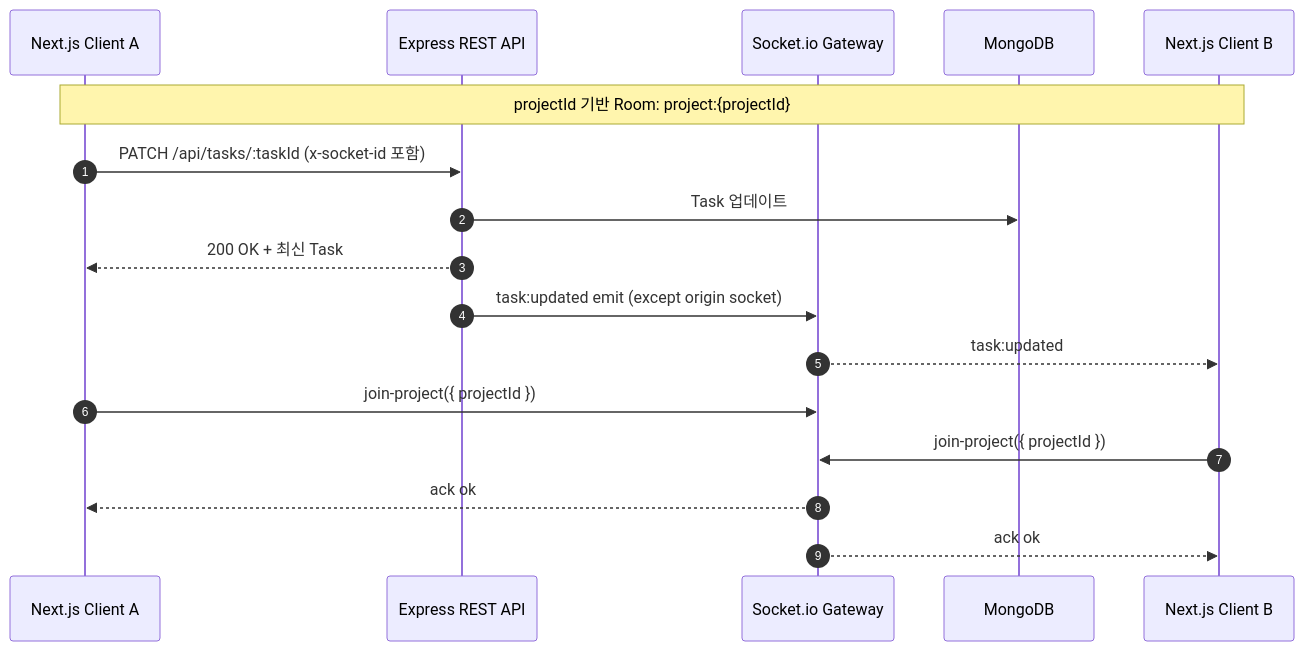
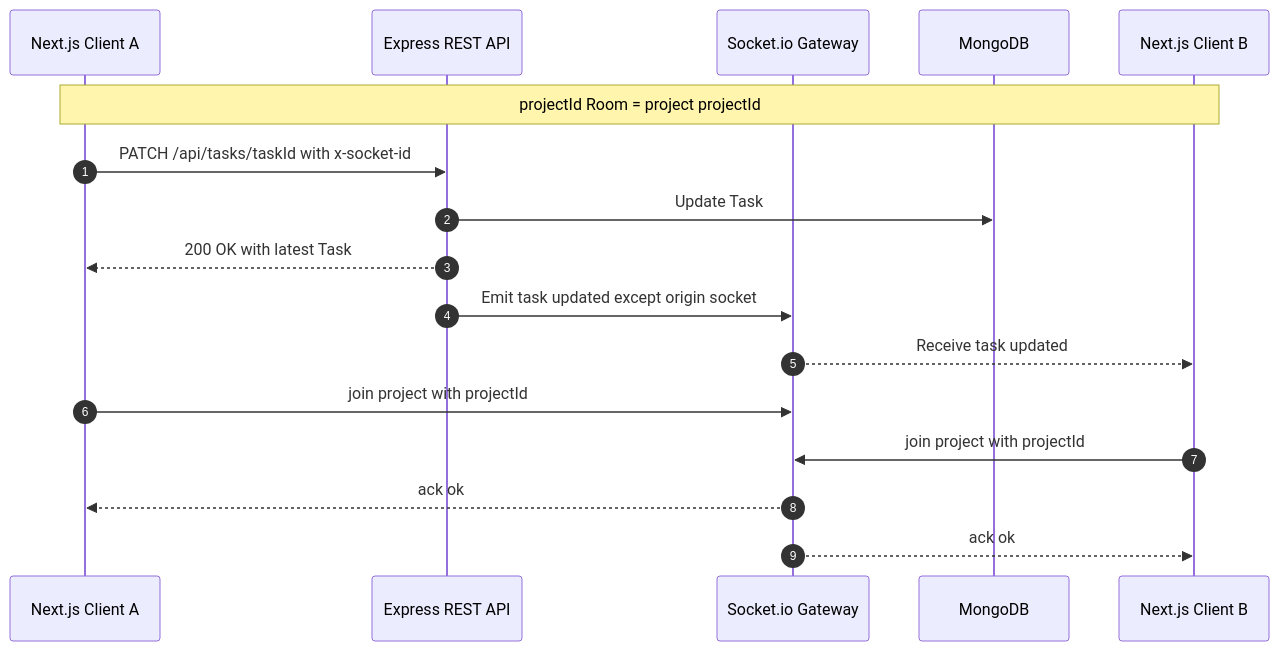
One commit to Gwanhoo/Capstone-Design changed the second of 2 diagrams in README.md. Above: the diagram before and after it, drawn with Mermaid. The commit also changed other lines of this file, not shown here.

````diff
--- a/README.md
+++ b/README.md
@@ -85,22 +85,22 @@
 ```mermaid
 sequenceDiagram
   autonumber
   participant ClientA as Next.js Client A
   participant API as Express REST API
   participant Socket as Socket.io Gateway
   participant DB as MongoDB
   participant ClientB as Next.js Client B
 
-  Note over ClientA,ClientB: projectId 기반 Room: project:{projectId}
+  Note over ClientA,ClientB: projectId Room = project projectId
 
-  ClientA->>API: PATCH /api/tasks/:taskId (x-socket-id 포함)
-  API->>DB: Task 업데이트
-  API-->>ClientA: 200 OK + 최신 Task
-  API->>Socket: task:updated emit (except origin socket)
-  Socket-->>ClientB: task:updated
+  ClientA->>API: PATCH /api/tasks/taskId with x-socket-id
+  API->>DB: Update Task
+  API-->>ClientA: 200 OK with latest Task
+  API->>Socket: Emit task updated except origin socket
+  Socket-->>ClientB: Receive task updated
 
-  ClientA->>Socket: join-project({ projectId })
-  ClientB->>Socket: join-project({ projectId })
+  ClientA->>Socket: join project with projectId
+  ClientB->>Socket: join project with projectId
   Socket-->>ClientA: ack ok
   Socket-->>ClientB: ack ok
 ```
````
